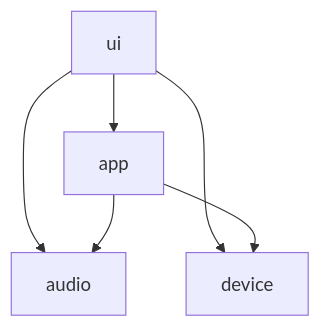
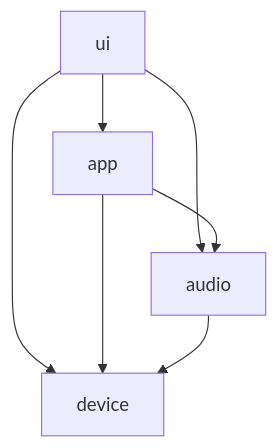
One commit to stonedev-app/pocket-deck changed the diagram in docs/architecture/overview.md. Above: the diagram before and after it, drawn with Mermaid. The commit also changed other lines of this file and 12 other files, not shown here.

````diff
--- a/docs/architecture/overview.md
+++ b/docs/architecture/overview.md
@@ -19,8 +19,9 @@
 ```mermaid
 flowchart TB
     ui --> app
     ui --> audio
     ui --> device
     app --> audio
     app --> device
+    audio --> device
 ```
````
